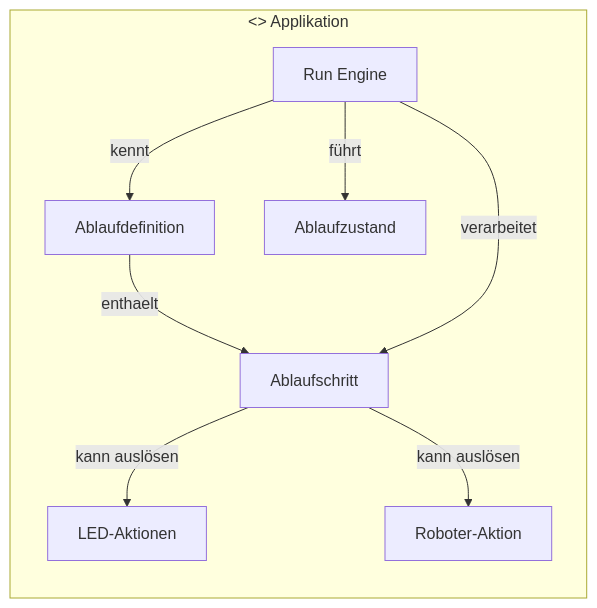
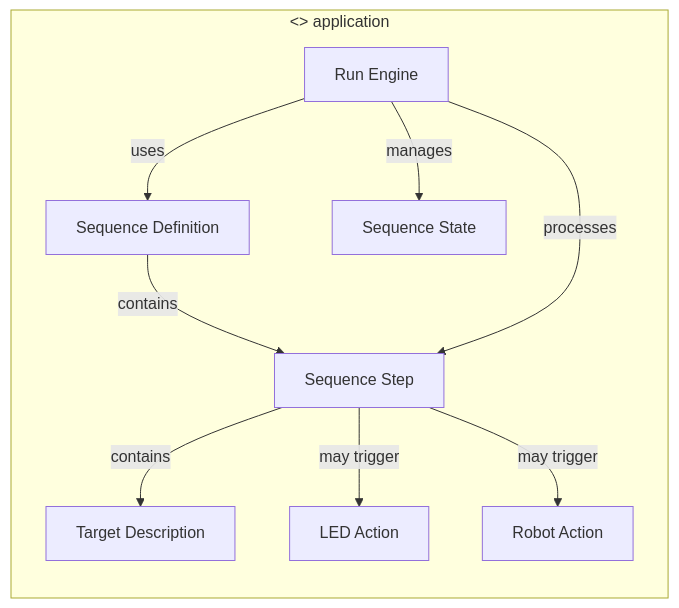
One commit to butz1999/inverse_kinematik changed the second of 7 diagrams in doc/projektbeschreibung.md. Above: the diagram before and after it, drawn with Mermaid. The commit also changed other lines of this file, not shown here.

````diff
--- a/doc/projektbeschreibung.md
+++ b/doc/projektbeschreibung.md
@@ -358,18 +360,20 @@
 ```mermaid
 flowchart LR
-    subgraph APP["<<component>> Applikation"]
+    subgraph APP["<<component>> application"]
         A1[Run Engine]
-        A2[Ablaufdefinition]
-        A3[Ablaufschritt]
-        A4[Ablaufzustand]
-        A5[LED-Aktionen]
-        A6[Roboter-Aktion]
+        A2[Sequence Definition]
+        A3[Sequence Step]
+        A4[Sequence State]
+        A5[LED Action]
+        A6[Robot Action]
+        A7[Target Description]
 
-        A2 -->|enthaelt| A3
-        A1 -->|kennt| A2
-        A1 -->|verarbeitet| A3
-        A1 -->|führt| A4
-        A3 -->|kann auslösen| A5
-        A3 -->|kann auslösen| A6
+        A2 -->|contains| A3
+        A1 -->|uses| A2
+        A1 -->|processes| A3
+        A1 -->|manages| A4
+        A3 -->|contains| A7
+        A3 -->|may trigger| A5
+        A3 -->|may trigger| A6
     end
 ```
````
